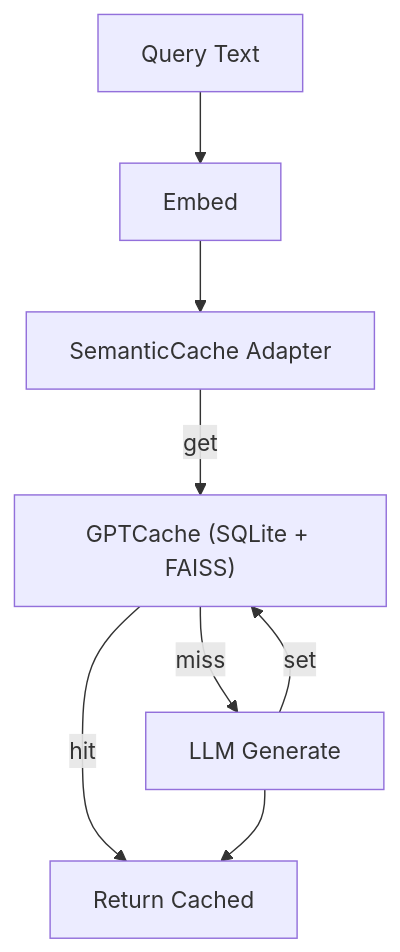
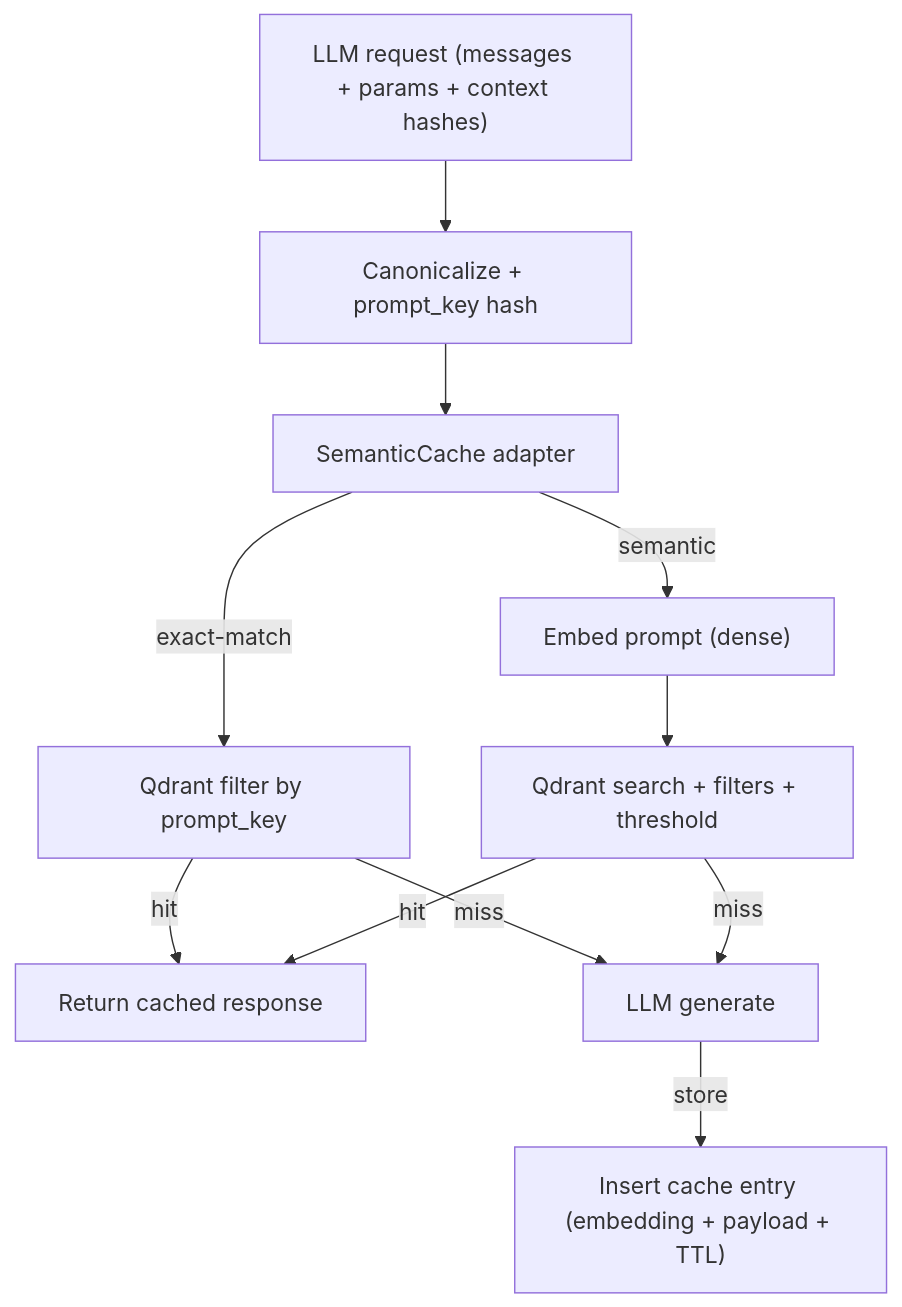
Before and after one commit to BjornMelin/docmind-ai-llm: the diagram in docs/developers/adrs/ADR-035-semantic-cache-qdrant.md, drawn with Mermaid. The commit also changed other lines of this file and 27 other files, not shown here.

````diff
--- a/docs/developers/adrs/ADR-035-semantic-cache-qdrant.md
+++ b/docs/developers/adrs/ADR-035-semantic-cache-qdrant.md
@@ -53,10 +106,13 @@
 ```mermaid
 graph TD
-  A["Query Text"] --> B["Embed"]
-  B --> C["SemanticCache Adapter"]
-  C -->|get| D["GPTCache (SQLite + FAISS)"]
-  D -->|hit| E["Return Cached"]
-  D -->|miss| F["LLM Generate"]
-  F -->|set| D
-  F --> E
+  A["LLM request (messages + params + context hashes)"] --> K["Canonicalize + prompt_key hash"]
+  K --> C["SemanticCache adapter"]
+  C -->|exact-match| Q1["Qdrant filter by prompt_key"]
+  C -->|semantic| E["Embed prompt (dense)"]
+  E --> Q2["Qdrant search + filters + threshold"]
+  Q1 -->|hit| H["Return cached response"]
+  Q2 -->|hit| H
+  Q1 -->|miss| L["LLM generate"]
+  Q2 -->|miss| L
+  L -->|store| S["Insert cache entry (embedding + payload + TTL)"]
 ```
````
